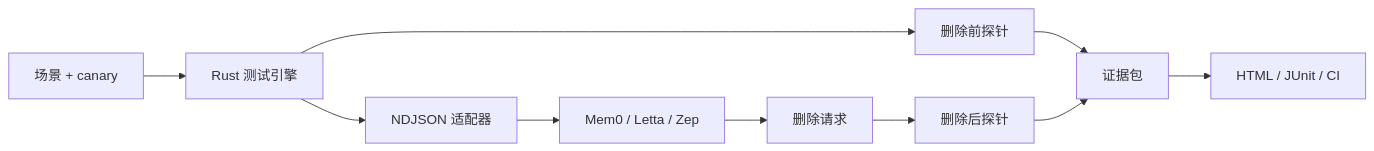
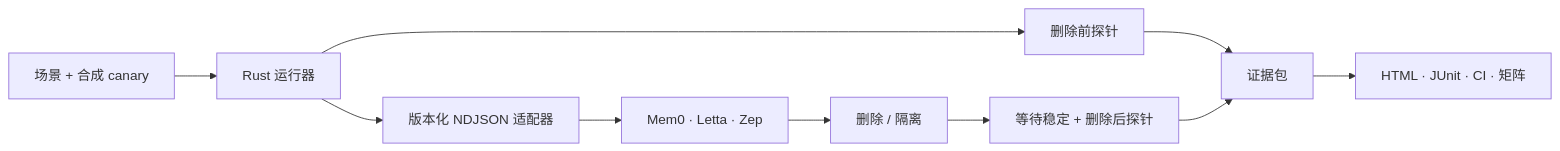
One commit to Hughhhhcoder/ForgetProof changed the diagram in README.zh-CN.md. Above: the diagram before and after it, drawn with Mermaid. The commit also changed other lines of this file and 119 other files, not shown here.

````diff
--- a/README.zh-CN.md
+++ b/README.zh-CN.md
@@ -58,12 +54,12 @@
 ```mermaid
 flowchart LR
-    A["场景 + canary"] --> B["Rust 测试引擎"]
-    B --> C["NDJSON 适配器"]
-    C --> D["Mem0 / Letta / Zep"]
+    A["场景 + 合成 canary"] --> B["Rust 运行器"]
+    B --> C["版本化 NDJSON 适配器"]
+    C --> D["Mem0 · Letta · Zep"]
     B --> E["删除前探针"]
-    D --> F["删除请求"]
-    F --> G["删除后探针"]
+    D --> F["删除 / 隔离"]
+    F --> G["等待稳定 + 删除后探针"]
     E --> H["证据包"]
     G --> H
-    H --> I["HTML / JUnit / CI"]
+    H --> I["HTML · JUnit · CI · 矩阵"]
 ```
````
